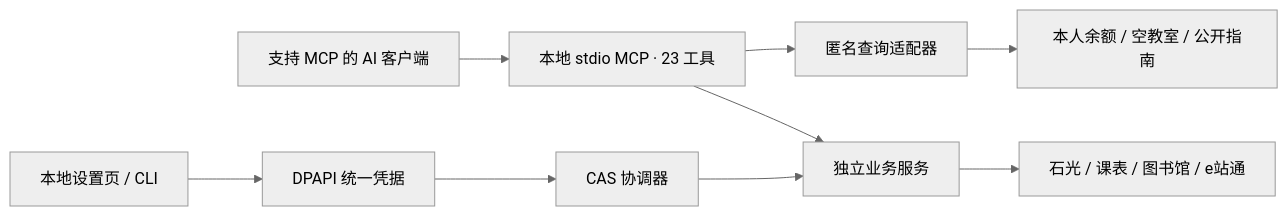
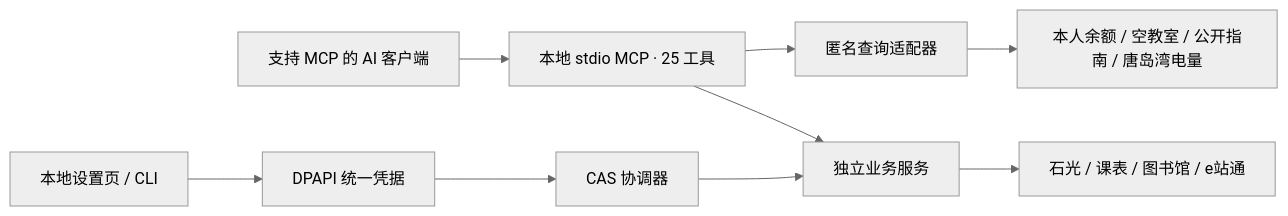
One commit to dlam12138/UPC-MCP changed the diagram in docs/ARCHITECTURE.md. Above: the diagram before and after it, drawn with Mermaid (neutral theme). The commit also changed other lines of this file and 13 other files, not shown here.

````diff
--- a/docs/ARCHITECTURE.md
+++ b/docs/ARCHITECTURE.md
@@ -3,11 +3,11 @@
 ```mermaid
 flowchart LR
-    AI[支持 MCP 的 AI 客户端] --> MCP[本地 stdio MCP · 23 工具]
+    AI[支持 MCP 的 AI 客户端] --> MCP[本地 stdio MCP · 25 工具]
     UI[本地设置页 / CLI] --> Cred[DPAPI 统一凭据]
     Cred --> CAS[CAS 协调器]
     MCP --> Public[匿名查询适配器]
     MCP --> Biz[独立业务服务]
     CAS --> Biz
-    Public --> Balance[本人余额 / 空教室 / 公开指南]
+    Public --> Balance[本人余额 / 空教室 / 公开指南 / 唐岛湾电量]
     Biz --> Systems[石光 / 课表 / 图书馆 / e站通]
 ```
````
